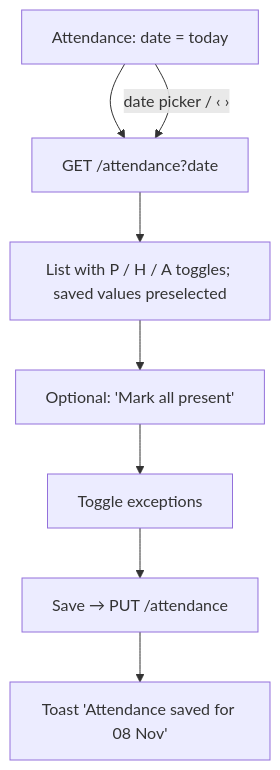
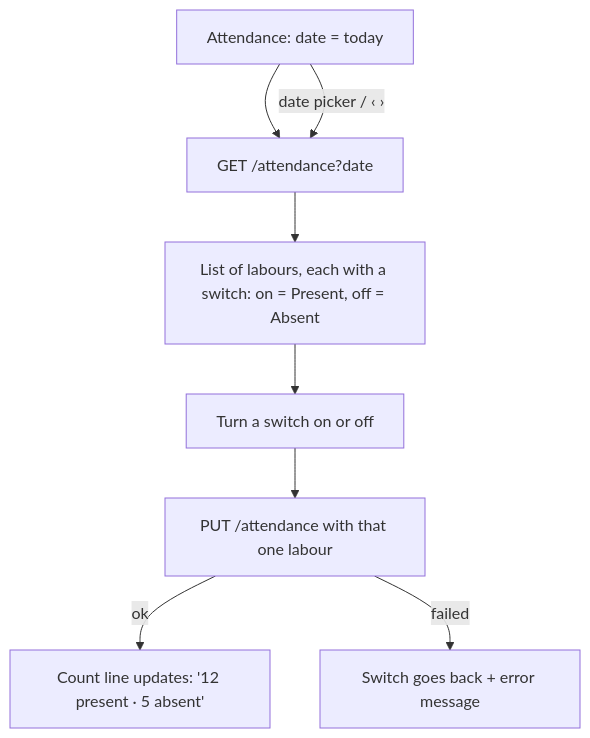
Before and after one commit to musarafhossain/FlyAsh: the fourth of 5 diagrams in docs/03-AppFlow.md, drawn with Mermaid. The commit also changed other lines of this file and 9 other files, not shown here.

````diff
--- a/docs/03-AppFlow.md
+++ b/docs/03-AppFlow.md
@@ -227,10 +245,10 @@
 ```mermaid
 flowchart TD
     A[Attendance: date = today] --> B[GET /attendance?date]
-    B --> C[List with P / H / A toggles; saved values preselected]
-    C --> D[Optional: 'Mark all present']
-    D --> E[Toggle exceptions]
-    E --> F[Save → PUT /attendance]
-    F --> G[Toast 'Attendance saved for 08 Nov']
+    B --> C[List of labours, each with a switch: on = Present, off = Absent]
+    C --> D[Turn a switch on or off]
+    D --> E[PUT /attendance with that one labour]
+    E -- ok --> F[Count line updates: '12 present · 5 absent']
+    E -- failed --> G[Switch goes back + error message]
     A -- date picker / ‹ › --> B
 ```
````
